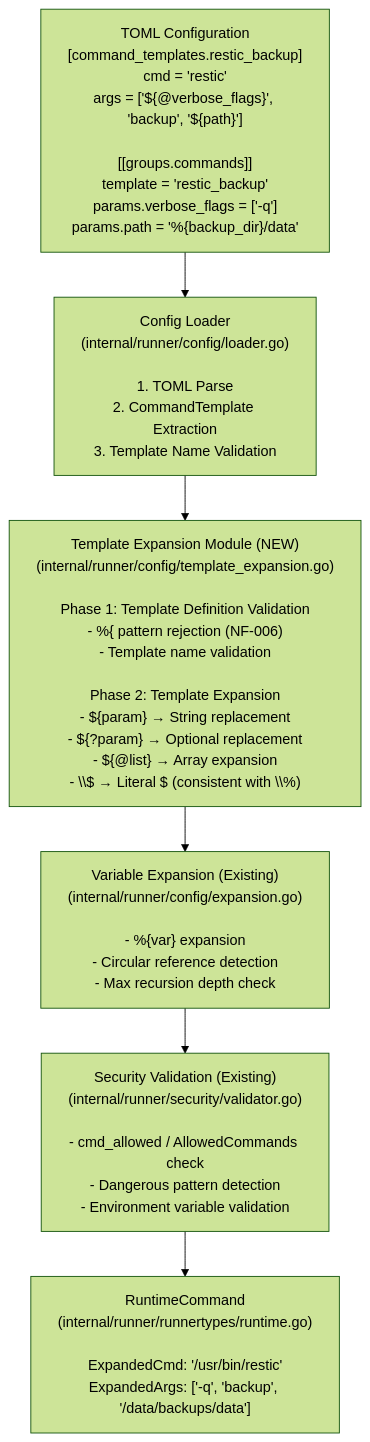
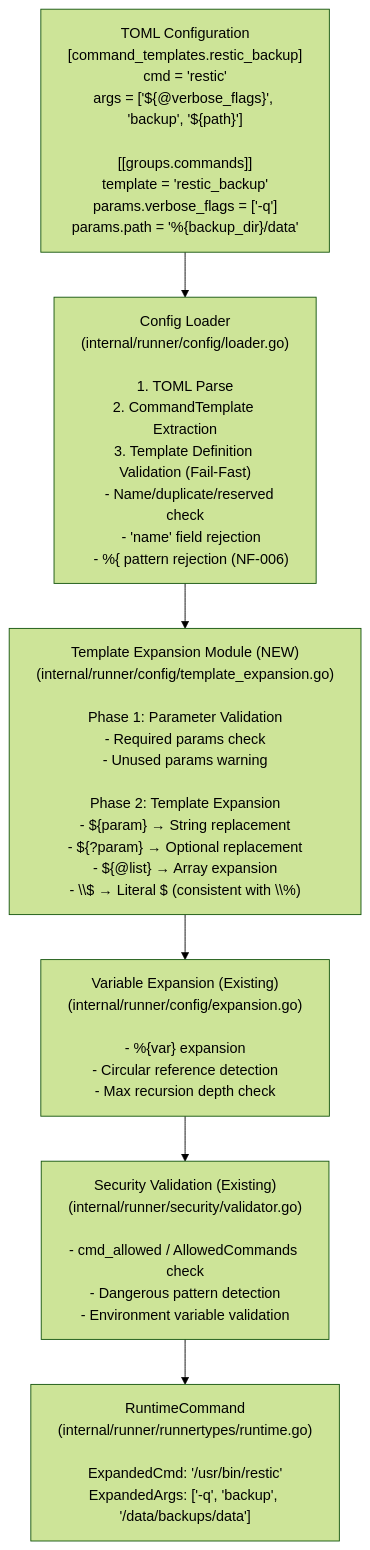
The first of 11 diagrams in docs/tasks/0062_command_templates/02_architecture.md (isseis/go-safe-cmd-runner), drawn with Mermaid (forest theme) before and after one commit. The commit also changed other lines of this file, not shown here.

First line of the commit message:
docs(templates): clarify validation timing with Fail-Fast principle

````diff
--- a/docs/tasks/0062_command_templates/02_architecture.md
+++ b/docs/tasks/0062_command_templates/02_architecture.md
@@ -20,15 +20,15 @@
 ```mermaid
 graph TD
     A["TOML Configuration<br/>[command_templates.restic_backup]<br/>cmd = 'restic'<br/>args = ['${@verbose_flags}', 'backup', '${path}']<br/><br/>[[groups.commands]]<br/>template = 'restic_backup'<br/>params.verbose_flags = ['-q']<br/>params.path = '%{backup_dir}/data'"]
-    B["Config Loader<br/>(internal/runner/config/loader.go)<br/><br/>1. TOML Parse<br/>2. CommandTemplate Extraction<br/>3. Template Name Validation"]
-    C["Template Expansion Module (NEW)<br/>(internal/runner/config/template_expansion.go)<br/><br/>Phase 1: Template Definition Validation<br/>- %{ pattern rejection (NF-006)<br/>- Template name validation<br/><br/>Phase 2: Template Expansion<br/>- ${param} → String replacement<br/>- ${?param} → Optional replacement<br/>- ${@list} → Array expansion<br/>- \\$ → Literal $ (consistent with \\%)"]
+    B["Config Loader<br/>(internal/runner/config/loader.go)<br/><br/>1. TOML Parse<br/>2. CommandTemplate Extraction<br/>3. Template Definition Validation (Fail-Fast)<br/>   - Name/duplicate/reserved check<br/>   - 'name' field rejection<br/>   - %{ pattern rejection (NF-006)"]
+    C["Template Expansion Module (NEW)<br/>(internal/runner/config/template_expansion.go)<br/><br/>Phase 1: Parameter Validation<br/>- Required params check<br/>- Unused params warning<br/><br/>Phase 2: Template Expansion<br/>- ${param} → String replacement<br/>- ${?param} → Optional replacement<br/>- ${@list} → Array expansion<br/>- \\$ → Literal $ (consistent with \\%)"]
     D["Variable Expansion (Existing)<br/>(internal/runner/config/expansion.go)<br/><br/>- %{var} expansion<br/>- Circular reference detection<br/>- Max recursion depth check"]
     E["Security Validation (Existing)<br/>(internal/runner/security/validator.go)<br/><br/>- cmd_allowed / AllowedCommands check<br/>- Dangerous pattern detection<br/>- Environment variable validation"]
     F["RuntimeCommand<br/>(internal/runner/runnertypes/runtime.go)<br/><br/>ExpandedCmd: '/usr/bin/restic'<br/>ExpandedArgs: ['-q', 'backup', '/data/backups/data']"]
 
     A --> B
     B --> C
     C --> D
     D --> E
     E --> F
 ```
````
